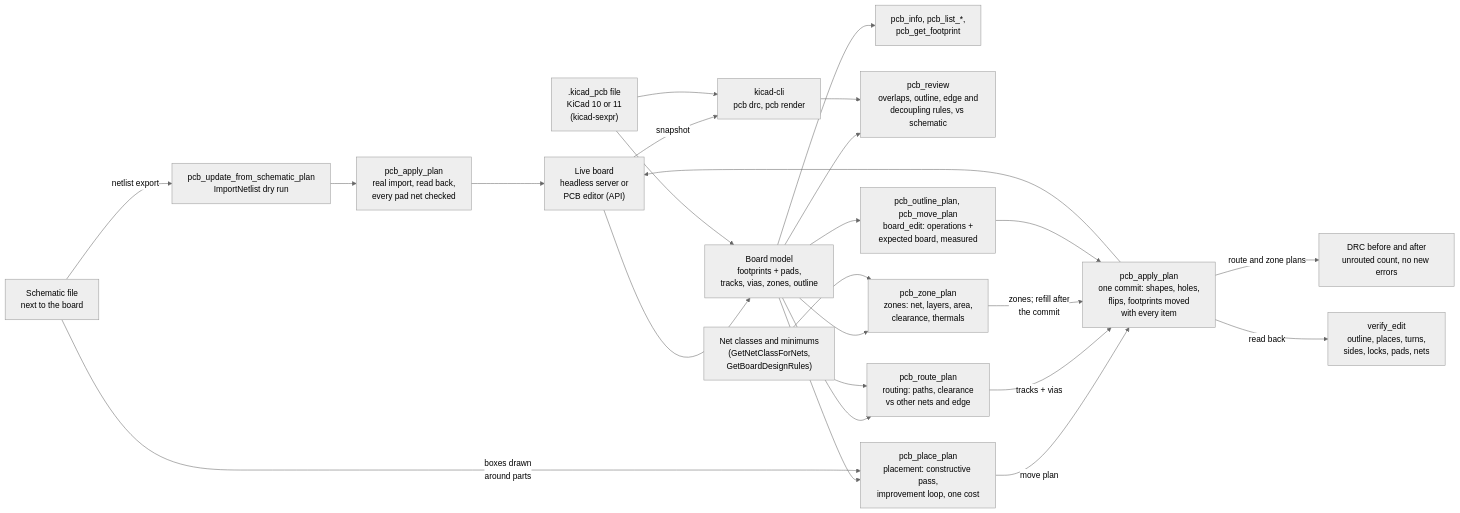
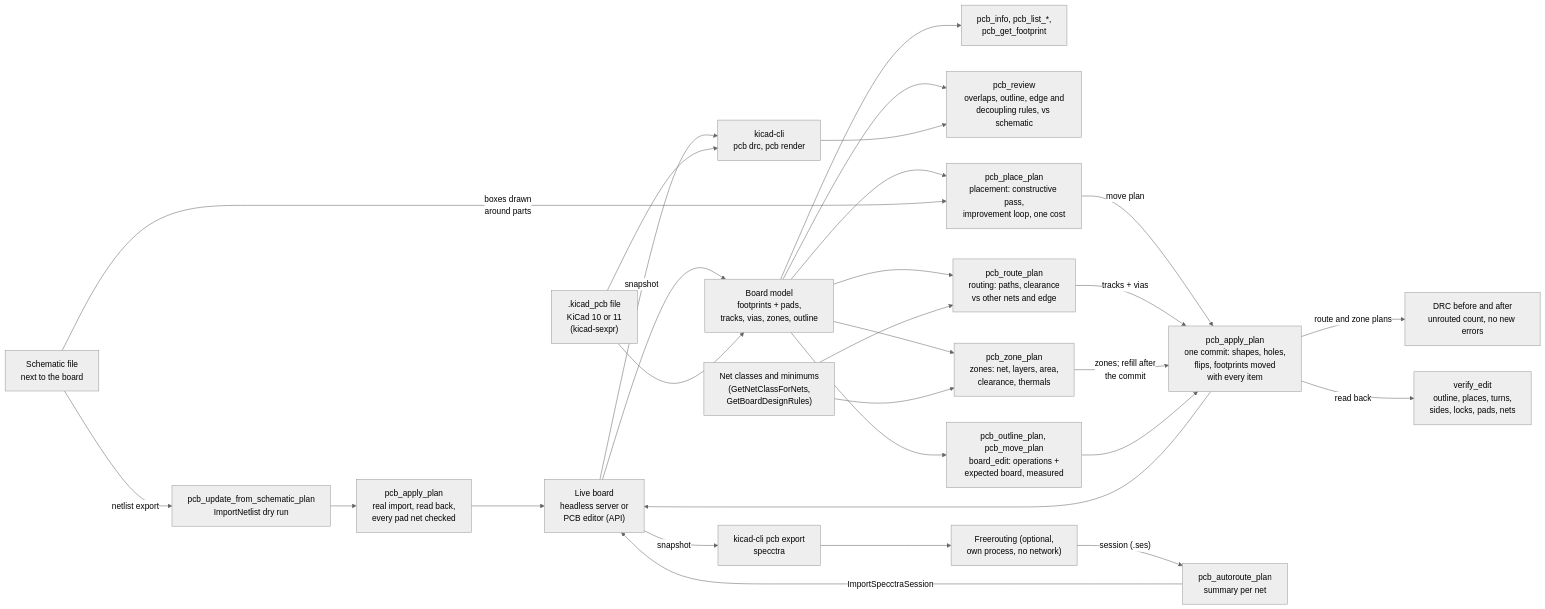
Diagram 11 of 12 in docs/architecture.md (bkrajendra/thingsvu-tools), drawn with Mermaid (neutral theme) before and after one commit. The commit also changed other lines of this file and 19 other files, not shown here.

First line of the commit message:
Phase 12.7: pcb_autoroute_plan through Freerouting (optional)

````diff
--- a/docs/architecture.md
+++ b/docs/architecture.md
@@ -252,27 +252,31 @@
 ```mermaid
 flowchart LR
     LIVE["Live board<br/>headless server or<br/>PCB editor (API)"] --> MODEL["Board model<br/>footprints + pads,<br/>tracks, vias, zones, outline"]
     FILE[".kicad_pcb file<br/>KiCad 10 or 11<br/>(kicad-sexpr)"] --> MODEL
     MODEL --> READ["pcb_info, pcb_list_*,<br/>pcb_get_footprint"]
     MODEL --> REVIEW["pcb_review<br/>overlaps, outline, edge and<br/>decoupling rules, vs schematic"]
     LIVE -->|"snapshot"| CLI["kicad-cli<br/>pcb drc, pcb render"]
     FILE --> CLI
     CLI --> REVIEW
     SCH["Schematic file<br/>next to the board"] -->|"netlist export"| PLAN["pcb_update_from_schematic_plan<br/>ImportNetlist dry run"]
     PLAN --> APPLY["pcb_apply_plan<br/>real import, read back,<br/>every pad net checked"]
     APPLY --> LIVE
     MODEL --> EDIT["pcb_outline_plan, pcb_move_plan<br/>board_edit: operations +<br/>expected board, measured"]
     MODEL --> PLACE["pcb_place_plan<br/>placement: constructive pass,<br/>improvement loop, one cost"]
     SCH -->|"boxes drawn<br/>around parts"| PLACE
     PLACE -->|"move plan"| APPLYE
     MODEL --> ROUTE["pcb_route_plan<br/>routing: paths, clearance<br/>vs other nets and edge"]
     RULES["Net classes and minimums<br/>(GetNetClassForNets,<br/>GetBoardDesignRules)"] --> ROUTE
     ROUTE -->|"tracks + vias"| APPLYE
     MODEL --> ZONE["pcb_zone_plan<br/>zones: net, layers, area,<br/>clearance, thermals"]
     RULES --> ZONE
     ZONE -->|"zones; refill after<br/>the commit"| APPLYE
+    LIVE -->|"snapshot"| DSN["kicad-cli pcb export<br/>specctra"]
+    DSN --> FR["Freerouting (optional,<br/>own process, no network)"]
+    FR -->|"session (.ses)"| AUTO["pcb_autoroute_plan<br/>summary per net"]
+    AUTO -->|"ImportSpecctraSession"| LIVE
     APPLYE -->|"route and zone plans"| DRCBA["DRC before and after<br/>unrouted count, no new errors"]
     EDIT --> APPLYE["pcb_apply_plan<br/>one commit: shapes, holes,<br/>flips, footprints moved<br/>with every item"]
     APPLYE --> LIVE
     APPLYE -->|"read back"| VERIFY["verify_edit<br/>outline, places, turns,<br/>sides, locks, pads, nets"]
 ```
````
